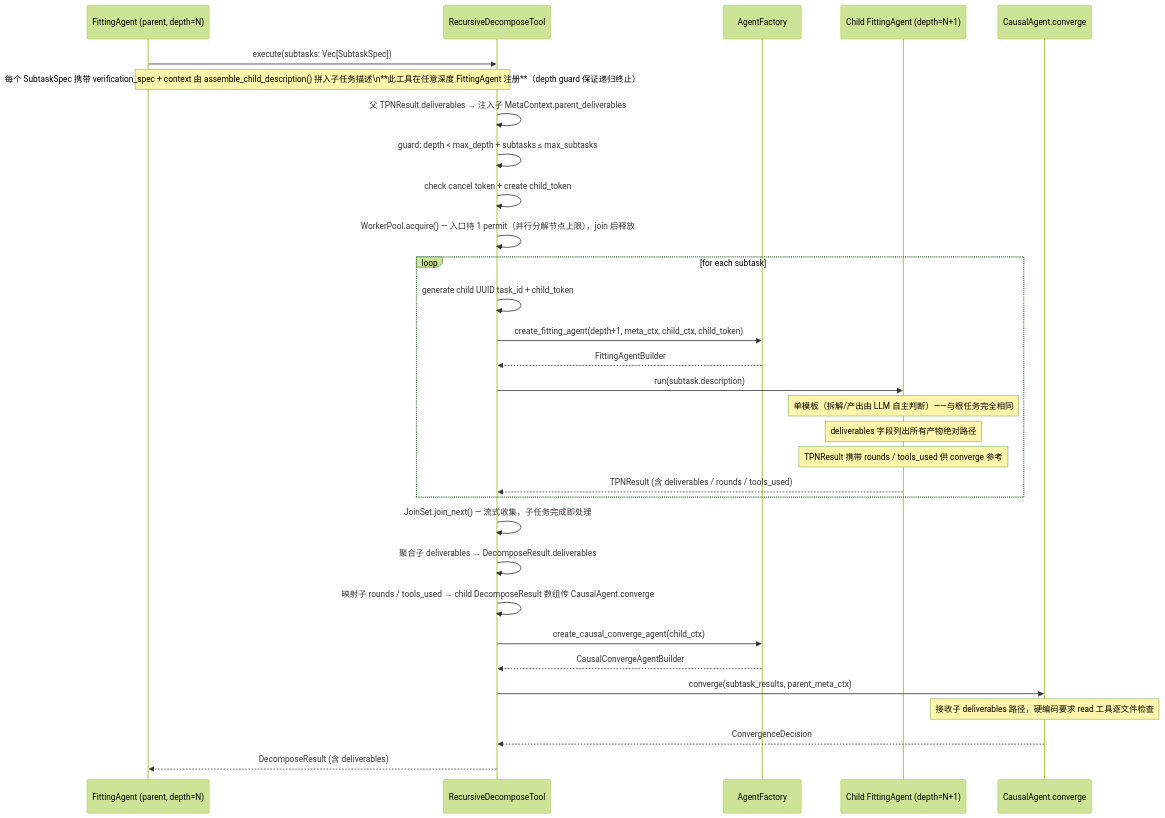
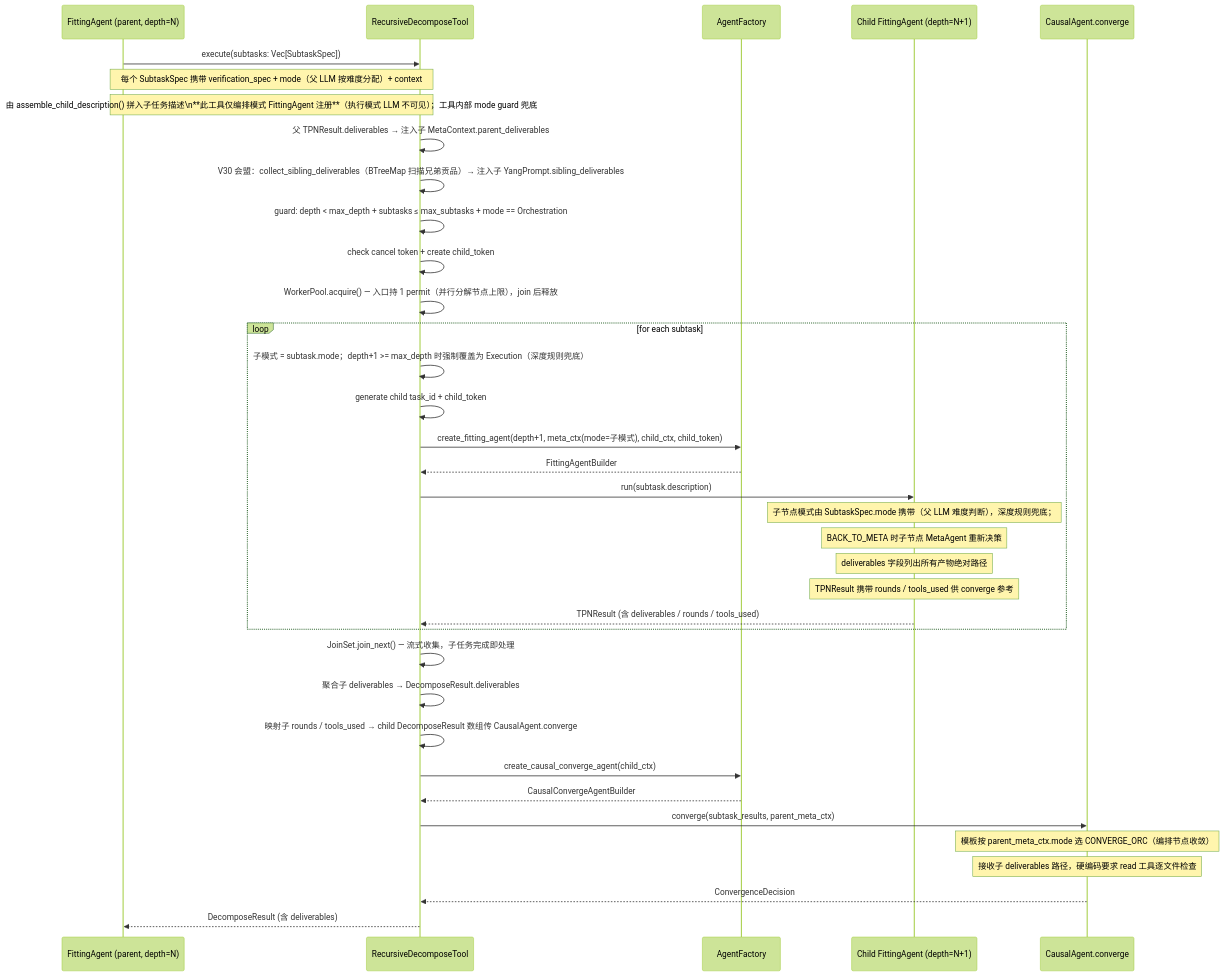
The fourth of 6 diagrams in BCP-蓝图-完型协议.md (wenge6090-tech/taiji), drawn with Mermaid (forest theme) before and after one commit. The commit also changed other lines of this file and 25 other files, not shown here.

````diff
--- a/BCP-蓝图-完型协议.md
+++ b/BCP-蓝图-完型协议.md
@@ -603,37 +612,42 @@
 ```mermaid
 sequenceDiagram
     participant FA as FittingAgent (parent, depth=N)
     participant RDT as RecursiveDecomposeTool
     participant AF as AgentFactory
     participant CFA as Child FittingAgent (depth=N+1)
     participant CCA as CausalAgent.converge
 
     FA->>RDT: execute(subtasks: Vec[SubtaskSpec])
-    Note over FA, RDT: 每个 SubtaskSpec 携带 verification_spec + context 由 assemble_child_description() 拼入子任务描述\n**此工具在任意深度 FittingAgent 注册**（depth guard 保证递归终止）
+    Note over FA, RDT: 每个 SubtaskSpec 携带 verification_spec + mode（父 LLM 按难度分配）+ context
+    Note over FA, RDT: 由 assemble_child_description() 拼入子任务描述\n**此工具仅编排模式 FittingAgent 注册**（执行模式 LLM 不可见）；工具内部 mode guard 兜底
     RDT->>RDT: 父 TPNResult.deliverables → 注入子 MetaContext.parent_deliverables
+    RDT->>RDT: V30 会盟：collect_sibling_deliverables（BTreeMap 扫描兄弟贡品）→ 注入子 YangPrompt.sibling_deliverables
 
-    RDT->>RDT: guard: depth < max_depth + subtasks ≤ max_subtasks
+    RDT->>RDT: guard: depth < max_depth + subtasks ≤ max_subtasks + mode == Orchestration
     RDT->>RDT: check cancel token + create child_token
     RDT->>RDT: WorkerPool.acquire() — 入口持 1 permit（并行分解节点上限），join 后释放
 
     loop for each subtask
-        RDT->>RDT: generate child UUID task_id + child_token
-        RDT->>AF: create_fitting_agent(depth+1, meta_ctx, child_ctx, child_token)
+        RDT->>RDT: 子模式 = subtask.mode；depth+1 >= max_depth 时强制覆盖为 Execution（深度规则兜底）
+        RDT->>RDT: generate child task_id + child_token
+        RDT->>AF: create_fitting_agent(depth+1, meta_ctx(mode=子模式), child_ctx, child_token)
         AF-->>RDT: FittingAgentBuilder
         RDT->>CFA: run(subtask.description)
-        Note over CFA: 单模板（拆解/产出由 LLM 自主判断）——与根任务完全相同
+        Note over CFA: 子节点模式由 SubtaskSpec.mode 携带（父 LLM 难度判断），深度规则兜底；
+        Note over CFA: BACK_TO_META 时子节点 MetaAgent 重新决策
         Note over CFA: deliverables 字段列出所有产物绝对路径
         Note over CFA: TPNResult 携带 rounds / tools_used 供 converge 参考
         CFA-->>RDT: TPNResult (含 deliverables / rounds / tools_used)
     end
 
     RDT->>RDT: JoinSet.join_next() — 流式收集，子任务完成即处理
     RDT->>RDT: 聚合子 deliverables → DecomposeResult.deliverables
     RDT->>RDT: 映射子 rounds / tools_used → child DecomposeResult 数组传 CausalAgent.converge
     RDT->>AF: create_causal_converge_agent(child_ctx)
     AF-->>RDT: CausalConvergeAgentBuilder
     RDT->>CCA: converge(subtask_results, parent_meta_ctx)
+    Note over CCA: 模板按 parent_meta_ctx.mode 选 CONVERGE_ORC（编排节点收敛）
     Note over CCA: 接收子 deliverables 路径，硬编码要求 read 工具逐文件检查
     CCA-->>RDT: ConvergenceDecision
     RDT-->>FA: DecomposeResult (含 deliverables)
 ```
````
